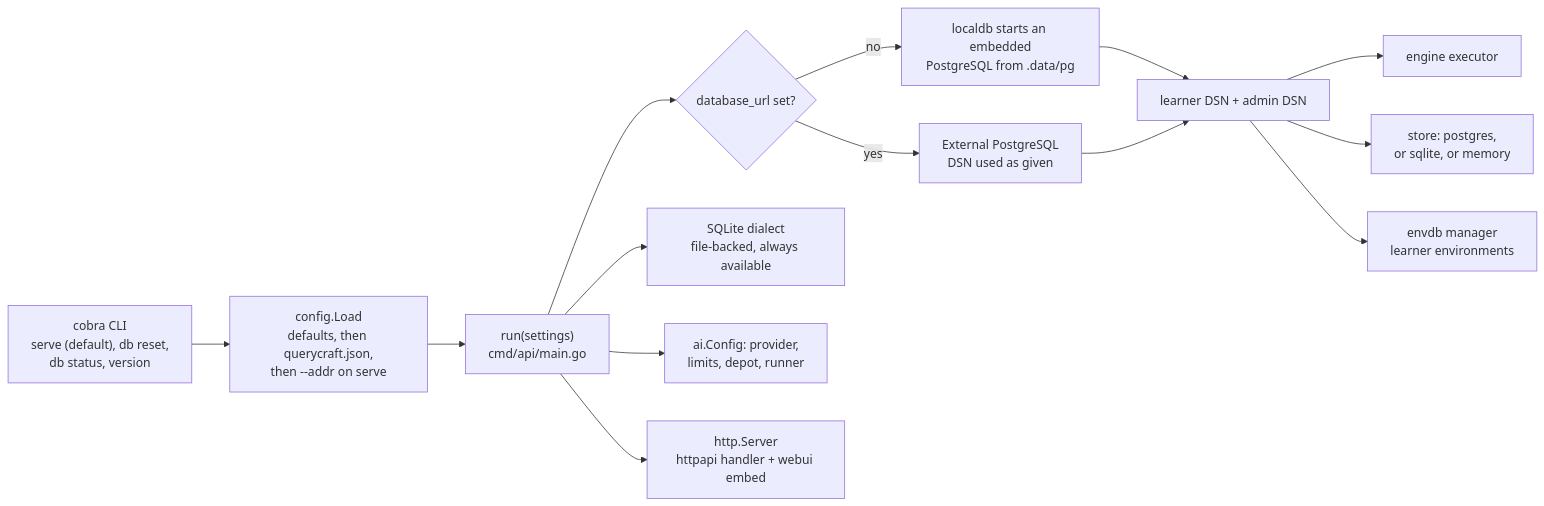
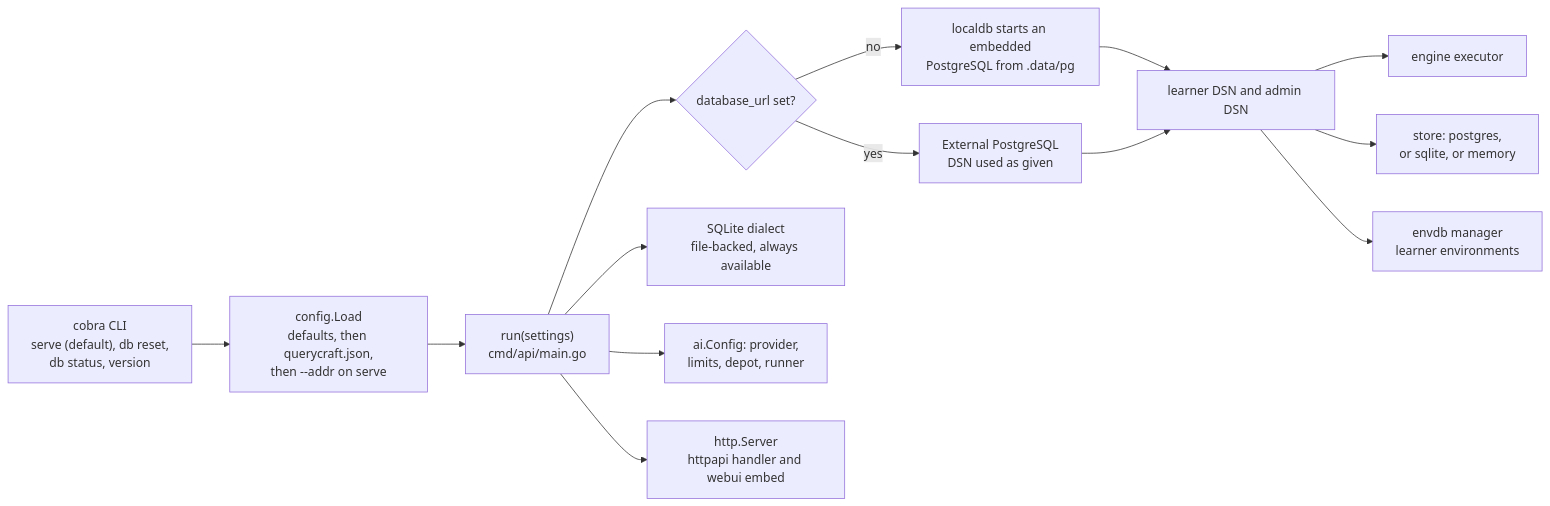
One commit to theakhandpatel/querycraft changed the eighth of 8 diagrams in docs/architecture.md. Above: the diagram before and after it, drawn with Mermaid. The commit also changed other lines of this file and 21 other files, not shown here.

````diff
--- a/docs/architecture.md
+++ b/docs/architecture.md
@@ -313,16 +313,16 @@
 ```mermaid
 flowchart LR
     CLI["cobra CLI<br/>serve (default), db reset,<br/>db status, version"] --> LOAD["config.Load<br/>defaults, then querycraft.json,<br/>then --addr on serve"]
     LOAD --> RUN["run(settings)<br/>cmd/api/main.go"]
     RUN --> DEC{"database_url set?"}
     DEC -->|yes| EXT["External PostgreSQL<br/>DSN used as given"]
     DEC -->|no| LDB["localdb starts an embedded<br/>PostgreSQL from .data/pg"]
     LDB --> DSN
-    EXT --> DSN["learner DSN + admin DSN"]
+    EXT --> DSN["learner DSN and admin DSN"]
     DSN --> EXEC["engine executor"]
     DSN --> STORE["store: postgres,<br/>or sqlite, or memory"]
     DSN --> ENVDB["envdb manager<br/>learner environments"]
     RUN --> SQLITE["SQLite dialect<br/>file-backed, always available"]
     RUN --> AIS["ai.Config: provider,<br/>limits, depot, runner"]
-    RUN --> HTTP["http.Server<br/>httpapi handler + webui embed"]
+    RUN --> HTTP["http.Server<br/>httpapi handler and webui embed"]
 ```
````
